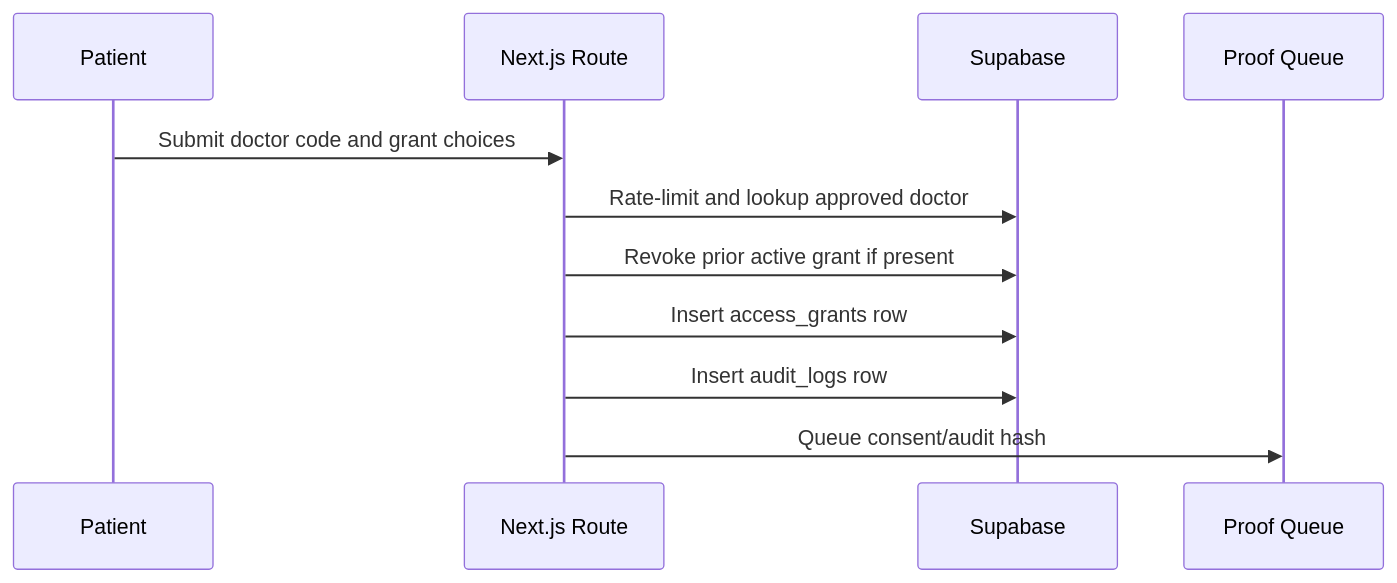
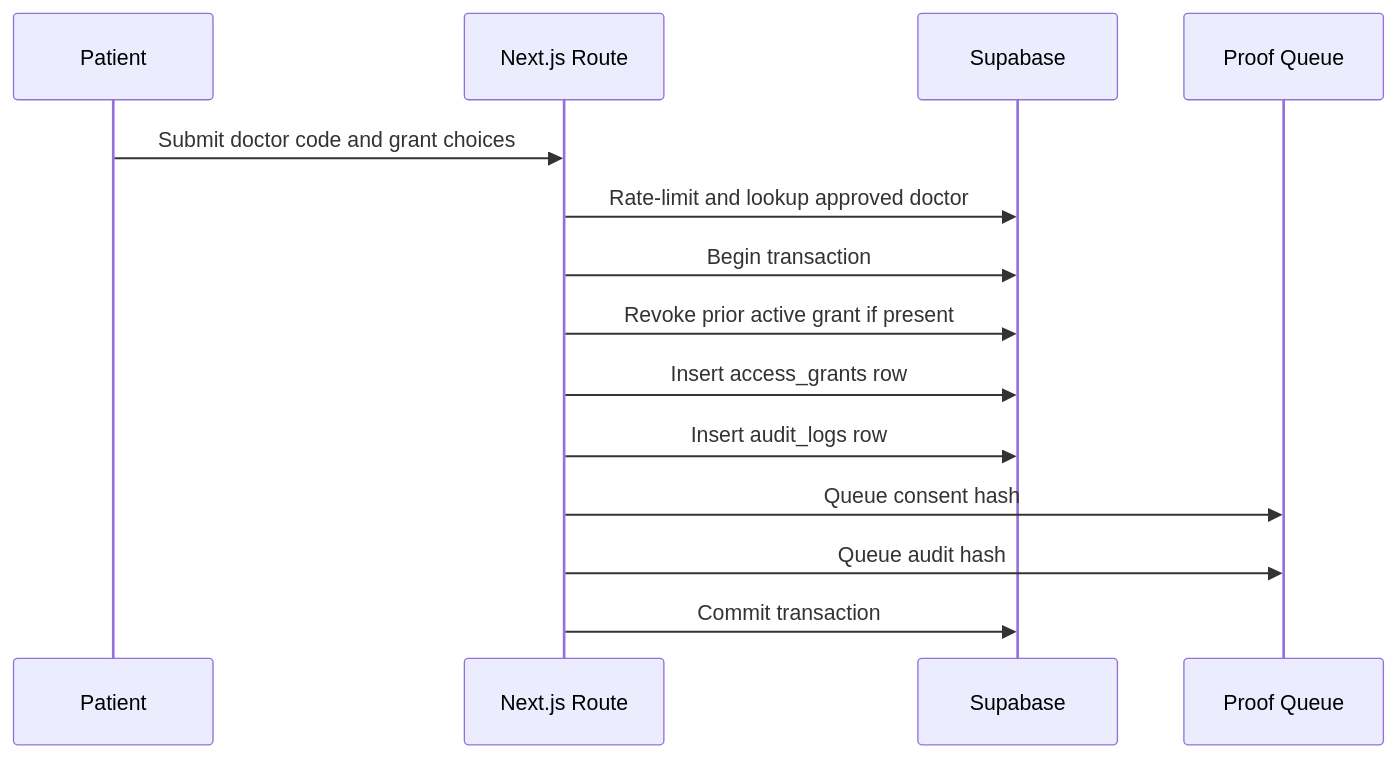
Before and after one commit to ranggabiner/technofest: the second of 2 diagrams in plans/sprint-01/04-patient-doctor-access.md, drawn with Mermaid. The commit also changed other lines of this file and 9 other files, not shown here.

````diff
--- a/plans/sprint-01/04-patient-doctor-access.md
+++ b/plans/sprint-01/04-patient-doctor-access.md
@@ -125,13 +319,16 @@
 ```mermaid
 sequenceDiagram
   participant P as Patient
   participant App as Next.js Route
   participant DB as Supabase
   participant Chain as Proof Queue
   P->>App: Submit doctor code and grant choices
   App->>DB: Rate-limit and lookup approved doctor
+  App->>DB: Begin transaction
   App->>DB: Revoke prior active grant if present
   App->>DB: Insert access_grants row
   App->>DB: Insert audit_logs row
-  App->>Chain: Queue consent/audit hash
+  App->>Chain: Queue consent hash
+  App->>Chain: Queue audit hash
+  App->>DB: Commit transaction
 ```
````
